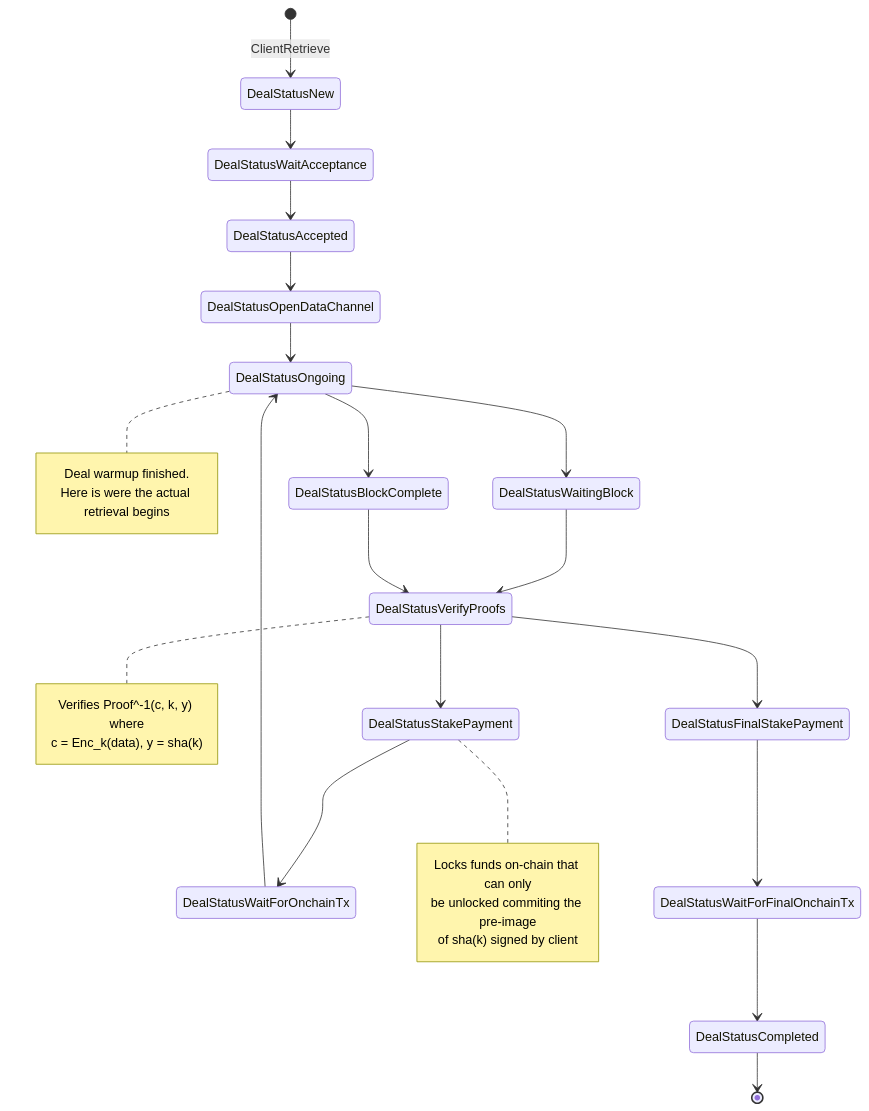
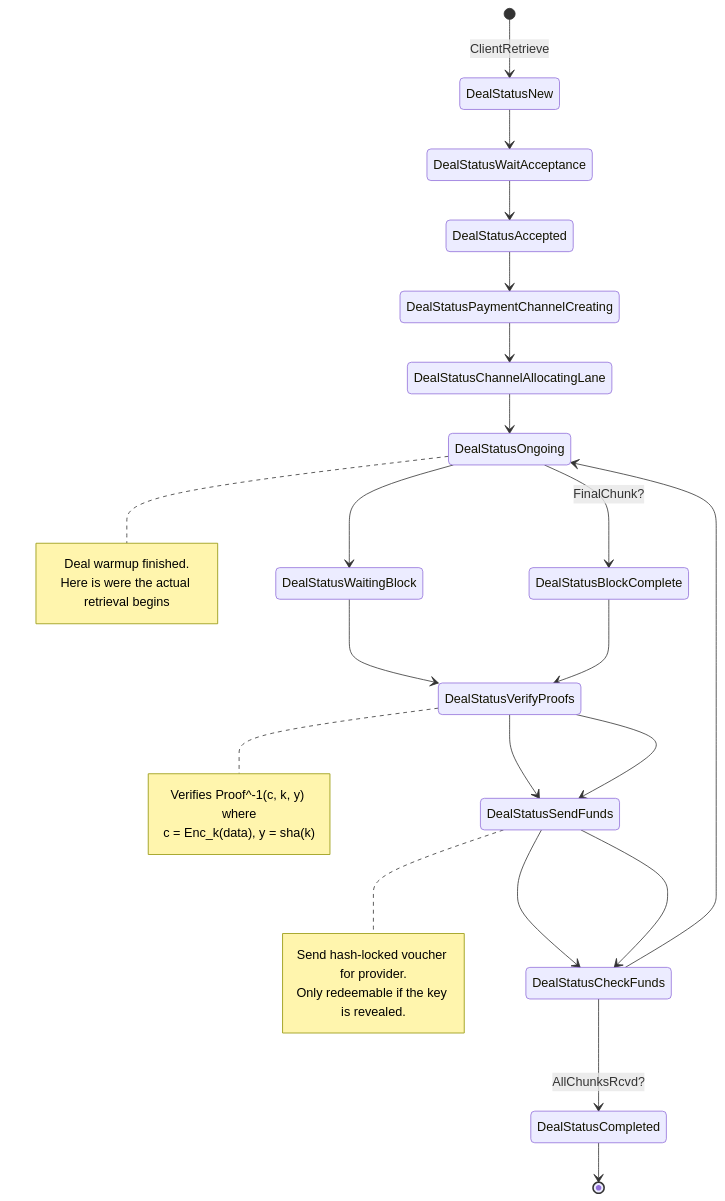
One commit to adlrocha/go-fil-markets changed the first of 2 diagrams in docs/rfcs/zkcp-per-chunk.md. Above: the diagram before and after it, drawn with Mermaid. The commit also changed other lines of this file and 6 other files, not shown here.

````diff
--- a/docs/rfcs/zkcp-per-chunk.md
+++ b/docs/rfcs/zkcp-per-chunk.md
@@ -18,36 +15,36 @@
 ```mermaid
 stateDiagram-v2
 [*] --> DealStatusNew: ClientRetrieve
 DealStatusNew --> DealStatusWaitAcceptance
 DealStatusWaitAcceptance --> DealStatusAccepted
-DealStatusAccepted --> DealStatusOpenDataChannel
-DealStatusOpenDataChannel --> DealStatusOngoing
+DealStatusAccepted --> DealStatusPaymentChannelCreating
+DealStatusPaymentChannelCreating --> DealStatusChannelAllocatingLane
+DealStatusChannelAllocatingLane --> DealStatusOngoing
 
 note right of DealStatusOngoing
 Deal warmup finished.
 Here is were the actual retrieval begins
 end note
 
 DealStatusOngoing --> DealStatusWaitingBlock
 DealStatusWaitingBlock --> DealStatusVerifyProofs
-DealStatusVerifyProofs --> DealStatusStakePayment
-DealStatusStakePayment --> DealStatusWaitForOnchainTx
-DealStatusWaitForOnchainTx --> DealStatusOngoing
+DealStatusVerifyProofs --> DealStatusSendFunds
+DealStatusSendFunds --> DealStatusCheckFunds
+DealStatusCheckFunds --> DealStatusOngoing
 
 note right of DealStatusVerifyProofs
 Verifies Proof^-1(c, k, y) where
 c = Enc_k(data), y = sha(k)
 end note
-DealStatusOngoing --> DealStatusBlockComplete
+DealStatusOngoing --> DealStatusBlockComplete: FinalChunk?
 DealStatusBlockComplete --> DealStatusVerifyProofs
-DealStatusVerifyProofs --> DealStatusFinalStakePayment
-DealStatusFinalStakePayment --> DealStatusWaitForFinalOnchainTx
-DealStatusWaitForFinalOnchainTx --> DealStatusCompleted
+DealStatusVerifyProofs --> DealStatusSendFunds
+DealStatusSendFunds --> DealStatusCheckFunds
+DealStatusCheckFunds --> DealStatusCompleted: AllChunksRcvd?
 DealStatusCompleted --> [*]
 
-note right of DealStatusStakePayment
-Locks funds on-chain that can only
-be unlocked commiting the pre-image
-of sha(k) signed by client
+note right of DealStatusSendFunds
+Send hash-locked voucher for provider.
+Only redeemable if the key is revealed.
 end note
 ```
````
